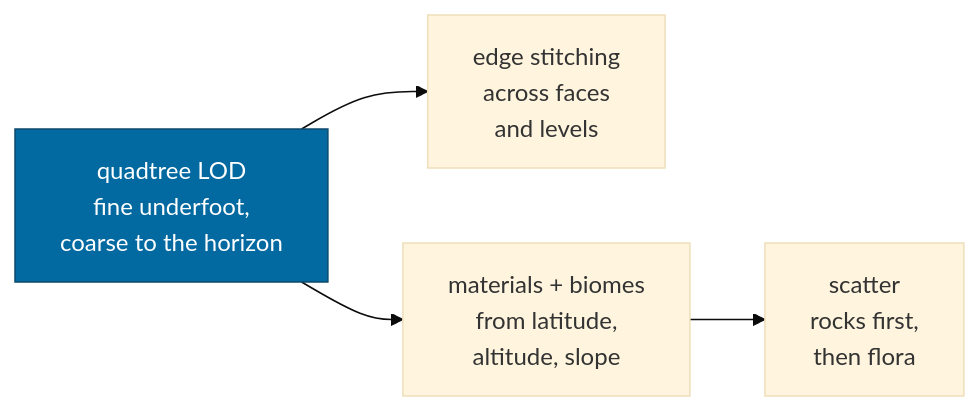
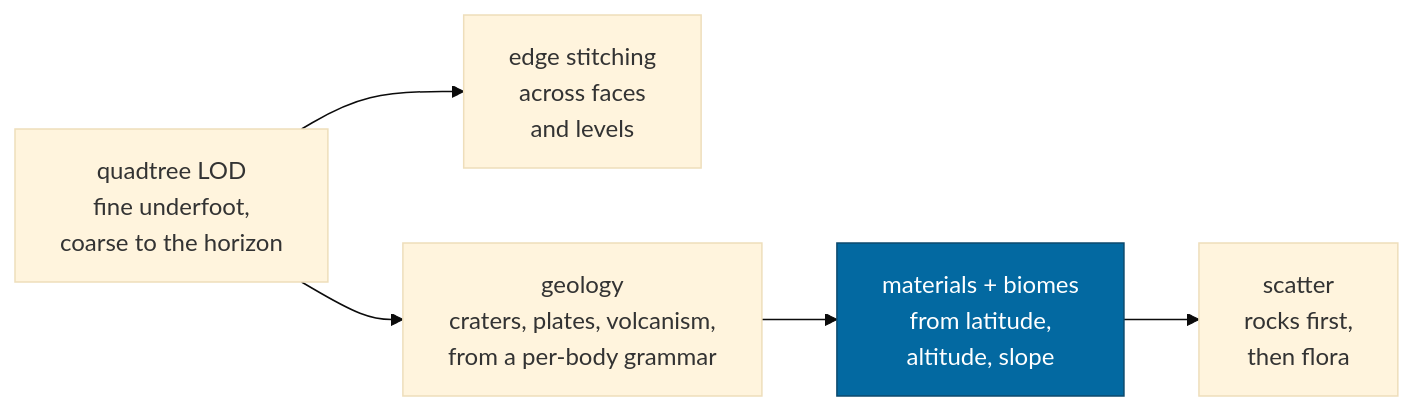
The diagram in docs/design/content.md (jonjaques/inertialref), drawn with Mermaid (base theme) before and after one commit. The commit also changed other lines of this file and 65 other files, not shown here.

````diff
--- a/docs/design/content.md
+++ b/docs/design/content.md
@@ -109,8 +109,9 @@
 ```mermaid
 flowchart LR
     Q["quadtree LOD<br/>fine underfoot,<br/>coarse to the horizon"] --> S["edge stitching<br/>across faces<br/>and levels"]
-    Q --> M["materials + biomes<br/>from latitude,<br/>altitude, slope"]
+    Q --> G["geology<br/>craters, plates, volcanism,<br/>from a per-body grammar"]
+    G --> M["materials + biomes<br/>from latitude,<br/>altitude, slope"]
     M --> SC["scatter<br/>rocks first,<br/>then flora"]
 
-    style Q fill:#0369a1,stroke:#0c4a6e,color:#fff
+    style M fill:#0369a1,stroke:#0c4a6e,color:#fff
 ```
````
